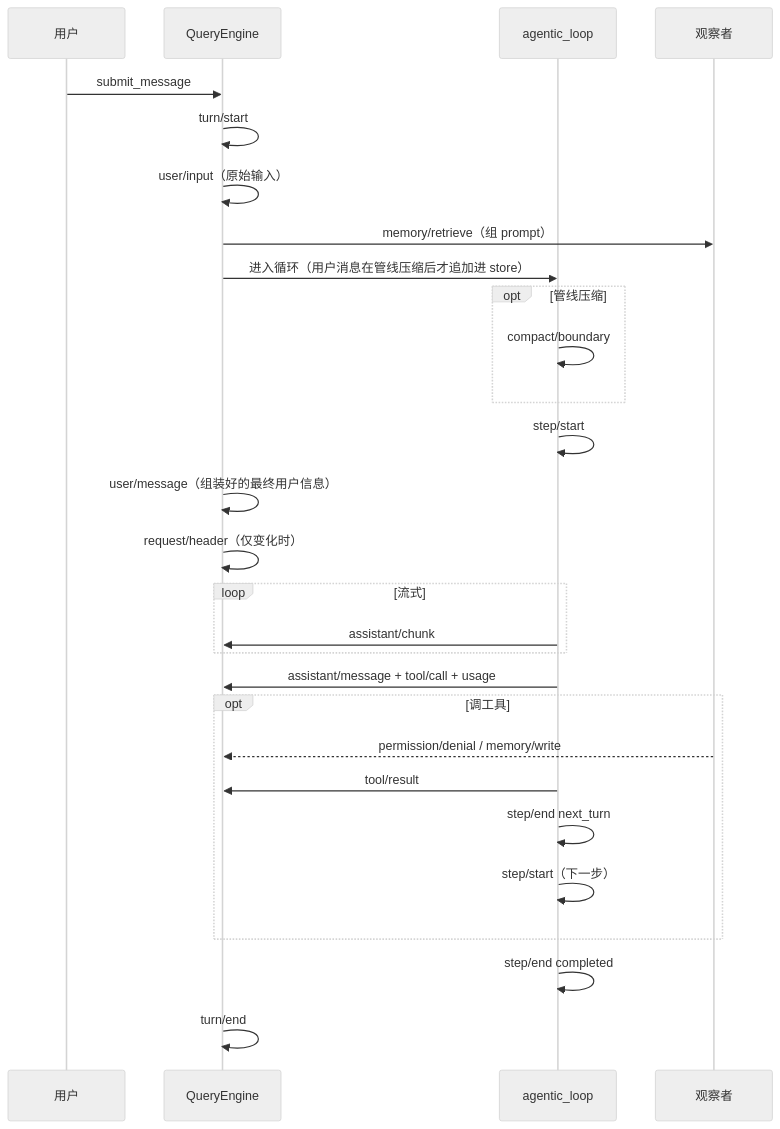
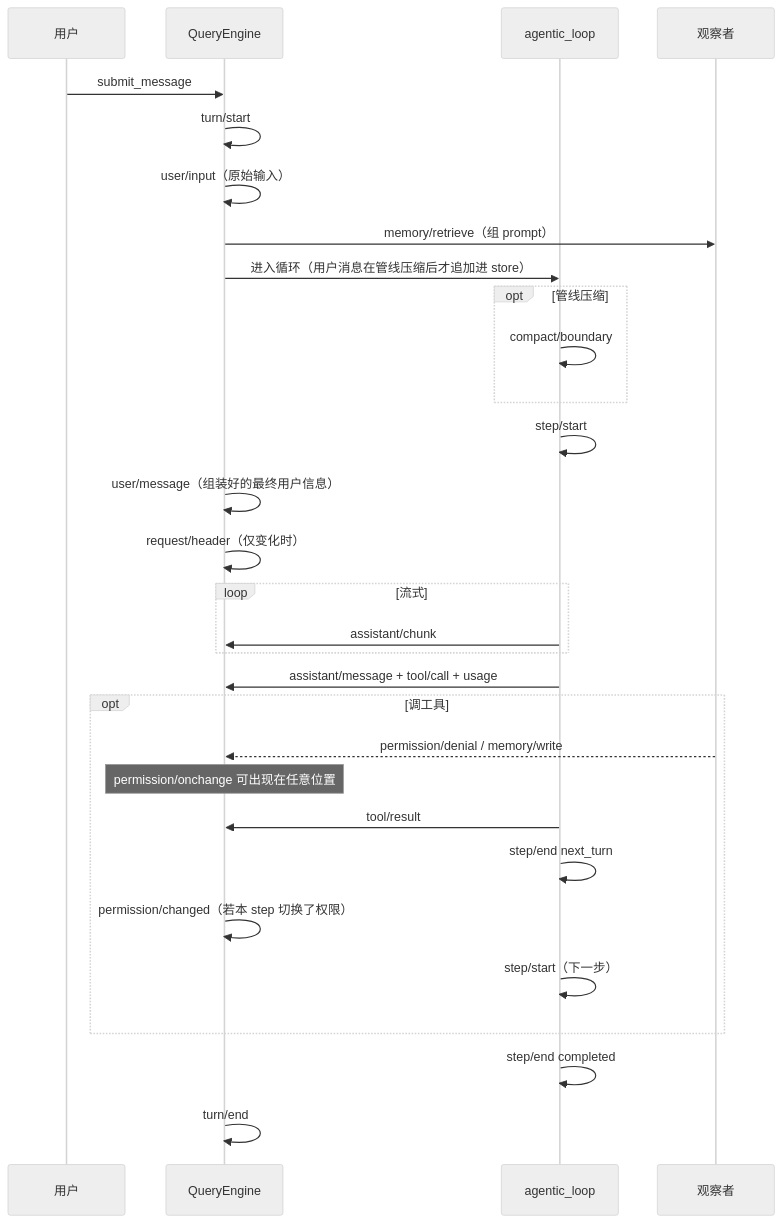
The diagram in docs/Session-Event-Catalog.md (DawnOf1996/nono-agent), drawn with Mermaid (neutral theme) before and after one commit. The commit also changed other lines of this file and 30 other files, not shown here.

````diff
--- a/docs/Session-Event-Catalog.md
+++ b/docs/Session-Event-Catalog.md
@@ -124,31 +138,33 @@
 ```mermaid
 sequenceDiagram
     participant U as 用户
     participant E as QueryEngine
     participant L as agentic_loop
     participant O as 观察者
 
     U->>E: submit_message
     E->>E: turn/start
     E->>E: user/input（原始输入）
     E->>O: memory/retrieve（组 prompt）
     E->>L: 进入循环（用户消息在管线压缩后才追加进 store）
     opt 管线压缩
         L->>L: compact/boundary
     end
     L->>L: step/start
     E->>E: user/message（组装好的最终用户信息）
     E->>E: request/header（仅变化时）
     loop 流式
         L->>E: assistant/chunk
     end
     L->>E: assistant/message + tool/call + usage
     opt 调工具
         O-->>E: permission/denial / memory/write
+        Note over E: permission/onchange 可出现在任意位置
         L->>E: tool/result
         L->>L: step/end next_turn
+        E->>E: permission/changed（若本 step 切换了权限）
         L->>L: step/start（下一步）
     end
     L->>L: step/end completed
     E->>E: turn/end
 ```
````
